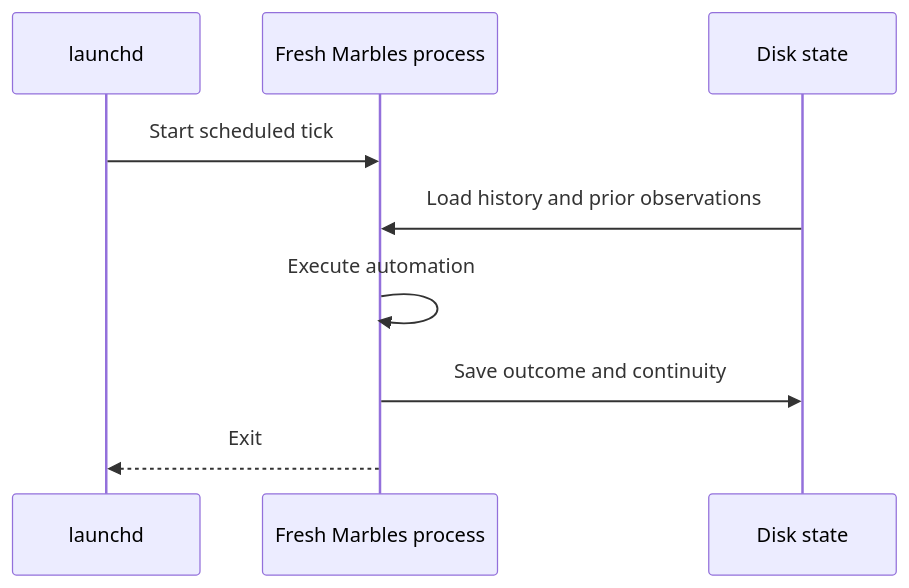
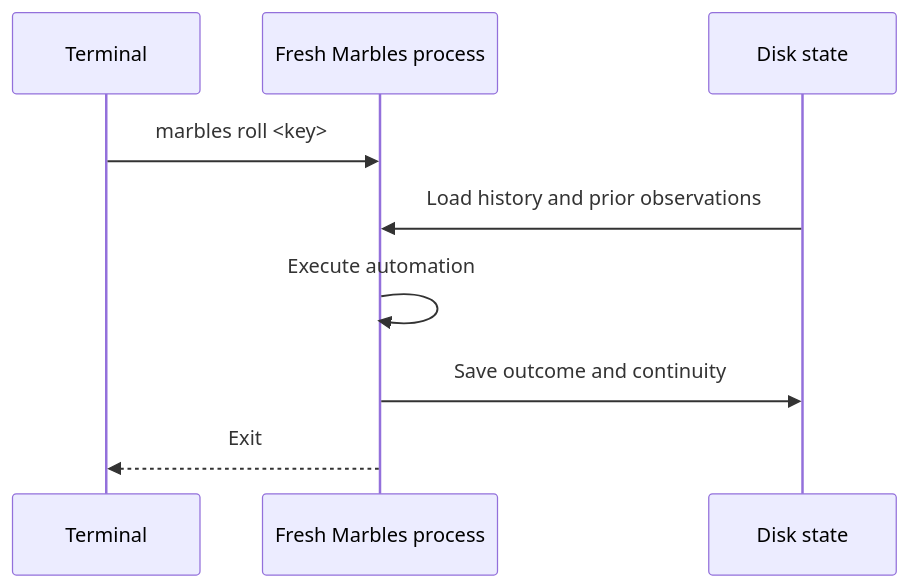
The second of 2 diagrams in docs/marbles/concepts/execution-and-state.mdx (Francois-Esquire/foundry), drawn with Mermaid before and after one commit. The commit also changed other lines of this file and 31 other files, not shown here.

Commit message:
refactor(marbles): remove launchd integration

````diff
--- a/docs/marbles/concepts/execution-and-state.mdx
+++ b/docs/marbles/concepts/execution-and-state.mdx
@@ -32,11 +32,11 @@
 ```mermaid
 sequenceDiagram
-    participant L as launchd
+    participant L as Terminal
     participant Q as Fresh Marbles process
     participant D as Disk state
-    L->>Q: Start scheduled tick
+    L->>Q: marbles roll <key>
     D->>Q: Load history and prior observations
     Q->>Q: Execute automation
     Q->>D: Save outcome and continuity
     Q-->>L: Exit
 ```
````
